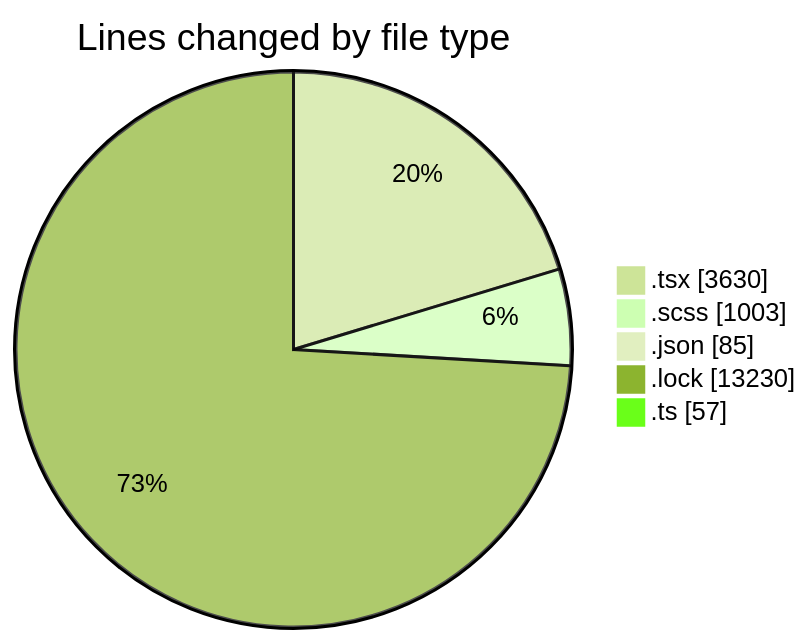
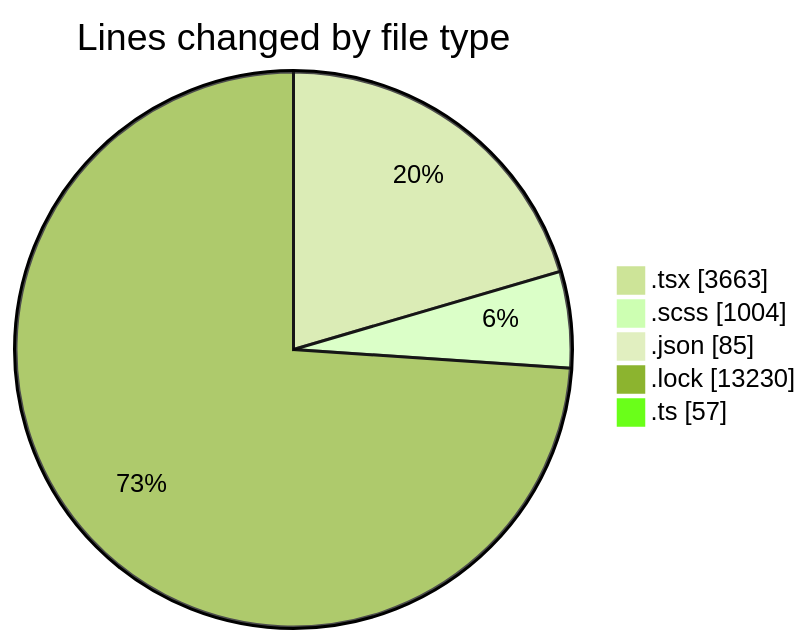
One commit to momahboobian/code-tracking changed the first of 2 diagrams in 2025-10-03/cda/README.md. Above: the diagram before and after it, drawn with Mermaid (forest theme). The commit also changed other lines of this file and 1 other file, not shown here.

````diff
--- a/2025-10-03/cda/README.md
+++ b/2025-10-03/cda/README.md
@@ -30,9 +30,9 @@
 ```mermaid
 pie showData
 title Lines changed by file type
-".tsx" : 3630
-".scss" : 1003
+".tsx" : 3663
+".scss" : 1004
 ".json" : 85
 ".lock" : 13230
 ".ts" : 57
 ```
````
